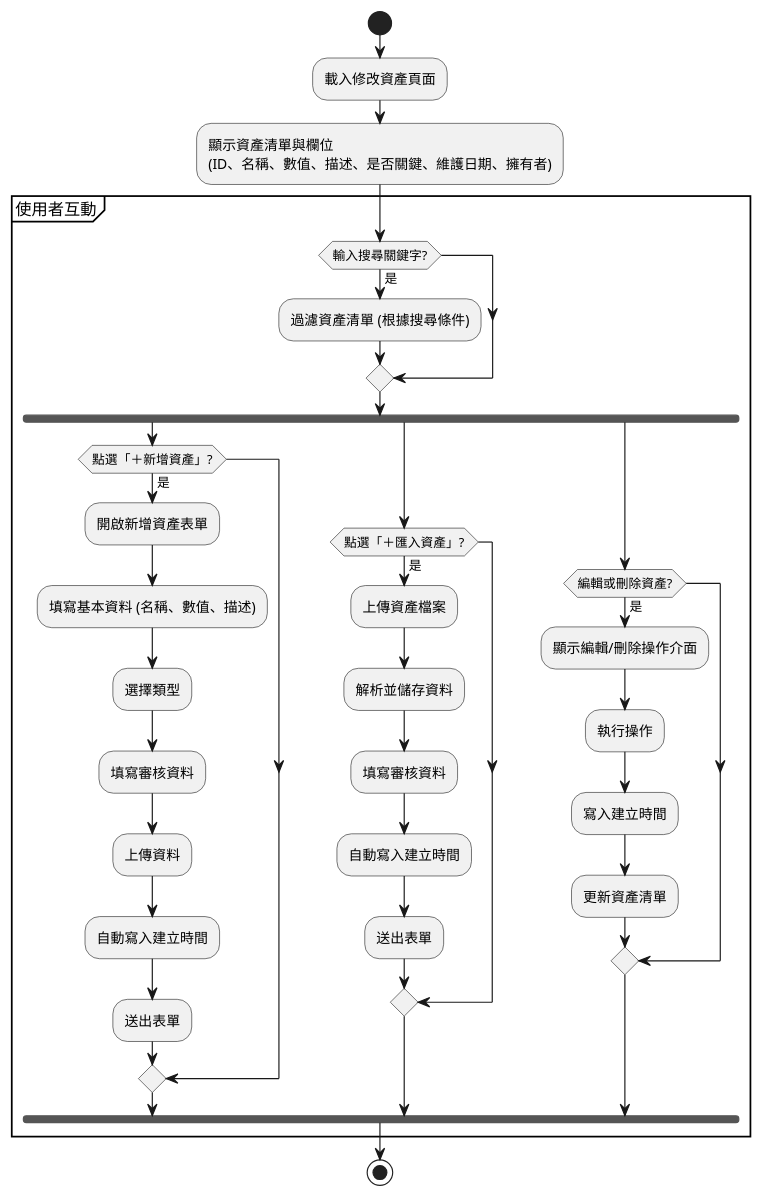
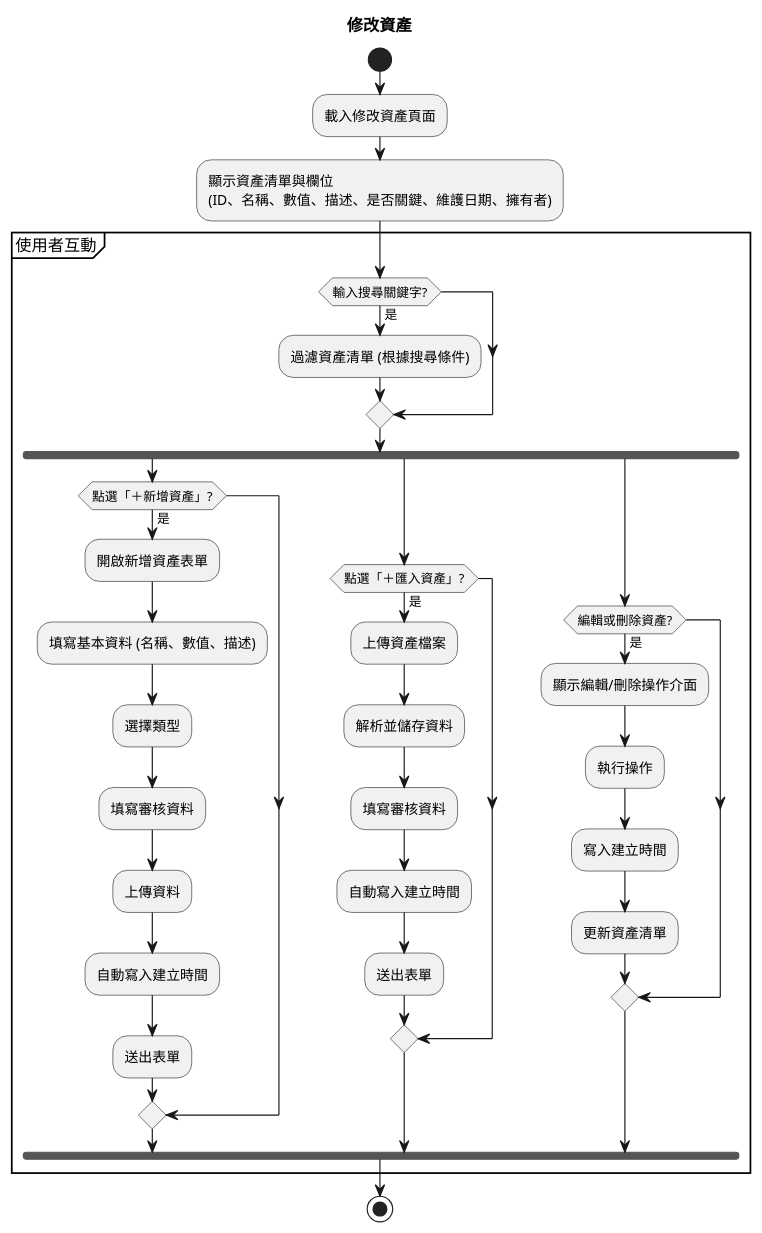
Before and after one commit to walle45611/NTUB_SecuManag_Diagram: the diagram in plantUML/activity/asset_edit.puml, drawn with PlantUML. The commit also changed 4 other files, not shown here.

```diff
--- a/plantUML/activity/asset_edit.puml
+++ b/plantUML/activity/asset_edit.puml
@@ -1,45 +1,45 @@
 @startuml edit_asset_activity
-
+title 修改資產
 start
 
 :載入修改資產頁面;
 
 :顯示資產清單與欄位
 (ID、名稱、數值、描述、是否關鍵、維護日期、擁有者);
 
 partition "使用者互動" {
 
     if (輸入搜尋關鍵字?) then (是)
         :過濾資產清單 (根據搜尋條件);
     endif
     fork
         if (點選「＋新增資產」?) then (是)
             :開啟新增資產表單;
             :填寫基本資料 (名稱、數值、描述);
             :選擇類型;
             :填寫審核資料;
             :上傳資料;
             :自動寫入建立時間;
             :送出表單;
         endif
     fork again
         if (點選「＋匯入資產」?) then (是)
             :上傳資產檔案;
             :解析並儲存資料;
             :填寫審核資料;
             :自動寫入建立時間;
             :送出表單;
         endif
     fork again
         if (編輯或刪除資產?) then (是)
             :顯示編輯/刪除操作介面;
             :執行操作;
             :寫入建立時間;
             :更新資產清單;
         endif
     end fork
 }
 
 stop
 
 @enduml
```
